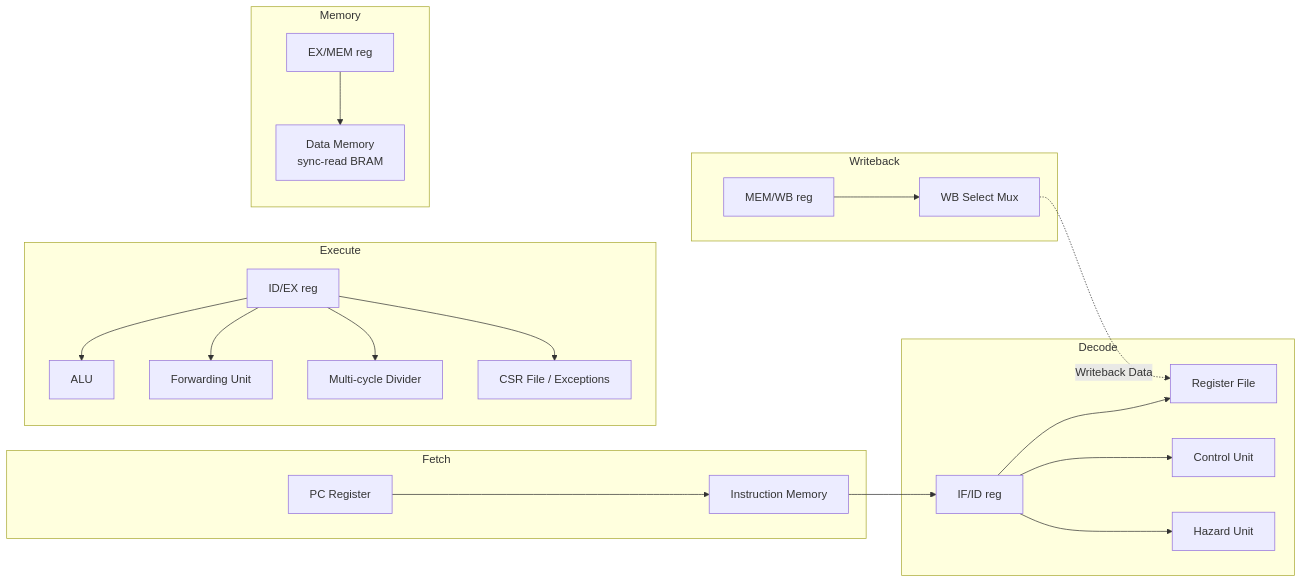
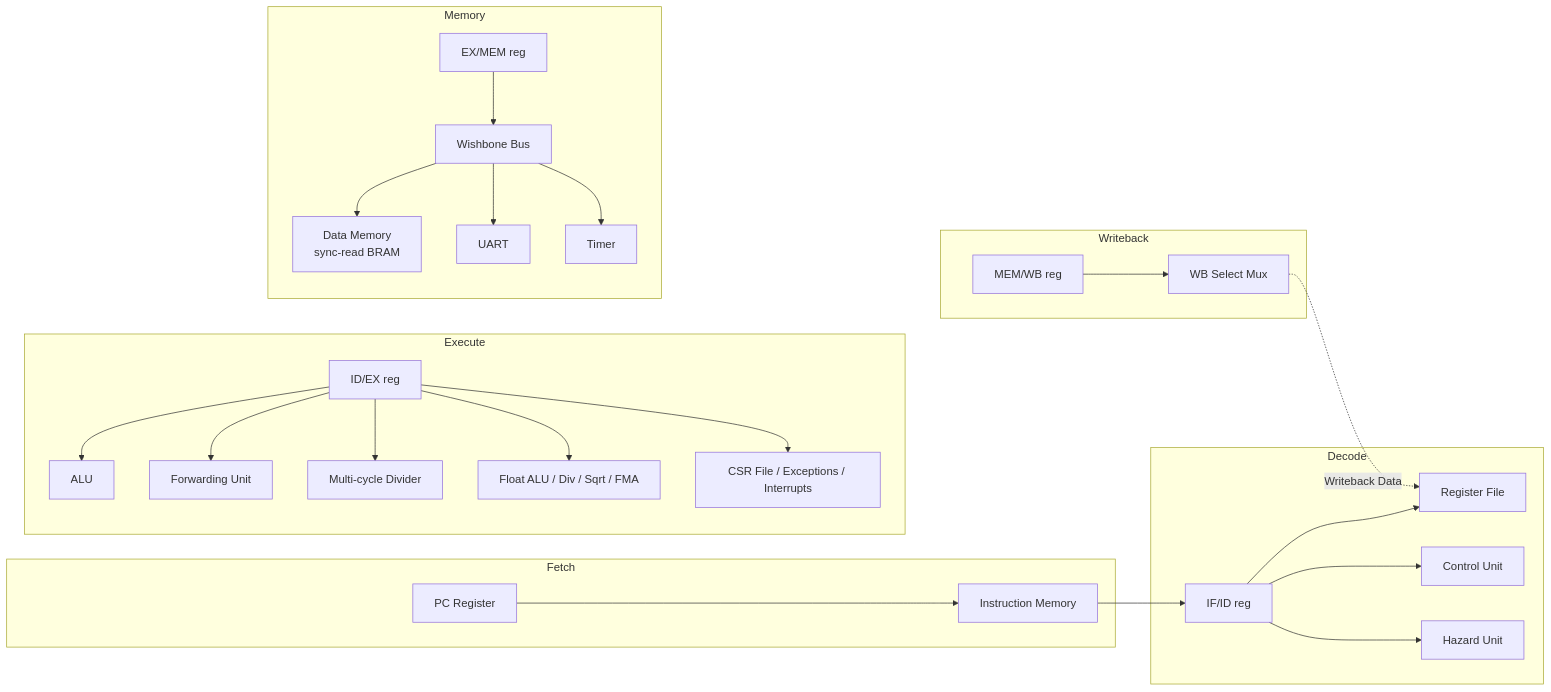
One commit to bhouvana/RV32IM-5-Stage-Pipelined-Processor changed the diagram in README.md. Above: the diagram before and after it, drawn with Mermaid. The commit also changed other lines of this file and 1 other file, not shown here.

````diff
--- a/README.md
+++ b/README.md
@@ -63,25 +76,29 @@
 ```mermaid
 graph LR
     subgraph IF [Fetch]
         PC[PC Register] --> IM[Instruction Memory]
     end
     subgraph ID [Decode]
         IM --> REG1[IF/ID reg]
         REG1 --> RF[Register File]
         REG1 --> CTRL[Control Unit]
         REG1 --> HZD[Hazard Unit]
     end
     subgraph EX [Execute]
         REG2[ID/EX reg] --> ALU[ALU]
         REG2 --> FWD[Forwarding Unit]
         REG2 --> DIV[Multi-cycle Divider]
-        REG2 --> CSR[CSR File / Exceptions]
+        REG2 --> FPU[Float ALU / Div / Sqrt / FMA]
+        REG2 --> CSR[CSR File / Exceptions / Interrupts]
     end
     subgraph MEM [Memory]
-        REG3[EX/MEM reg] --> DM[Data Memory<br/>sync-read BRAM]
+        REG3[EX/MEM reg] --> BUS[Wishbone Bus]
+        BUS --> DM[Data Memory<br/>sync-read BRAM]
+        BUS --> UART[UART]
+        BUS --> TIMER[Timer]
     end
     subgraph WB [Writeback]
         REG4[MEM/WB reg] --> WB_MUX[WB Select Mux]
     end
     WB_MUX -.->|Writeback Data| RF
 ```
````
